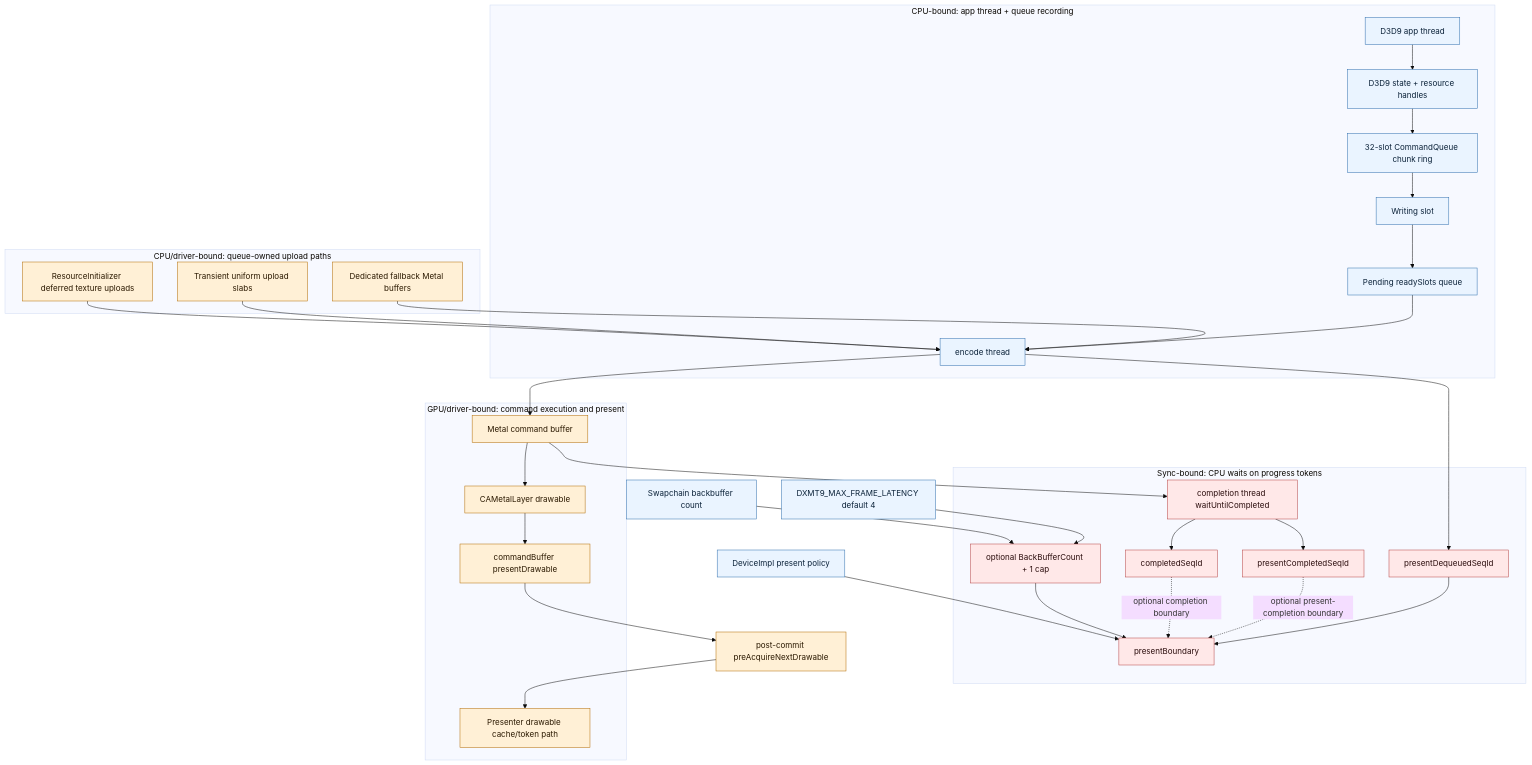
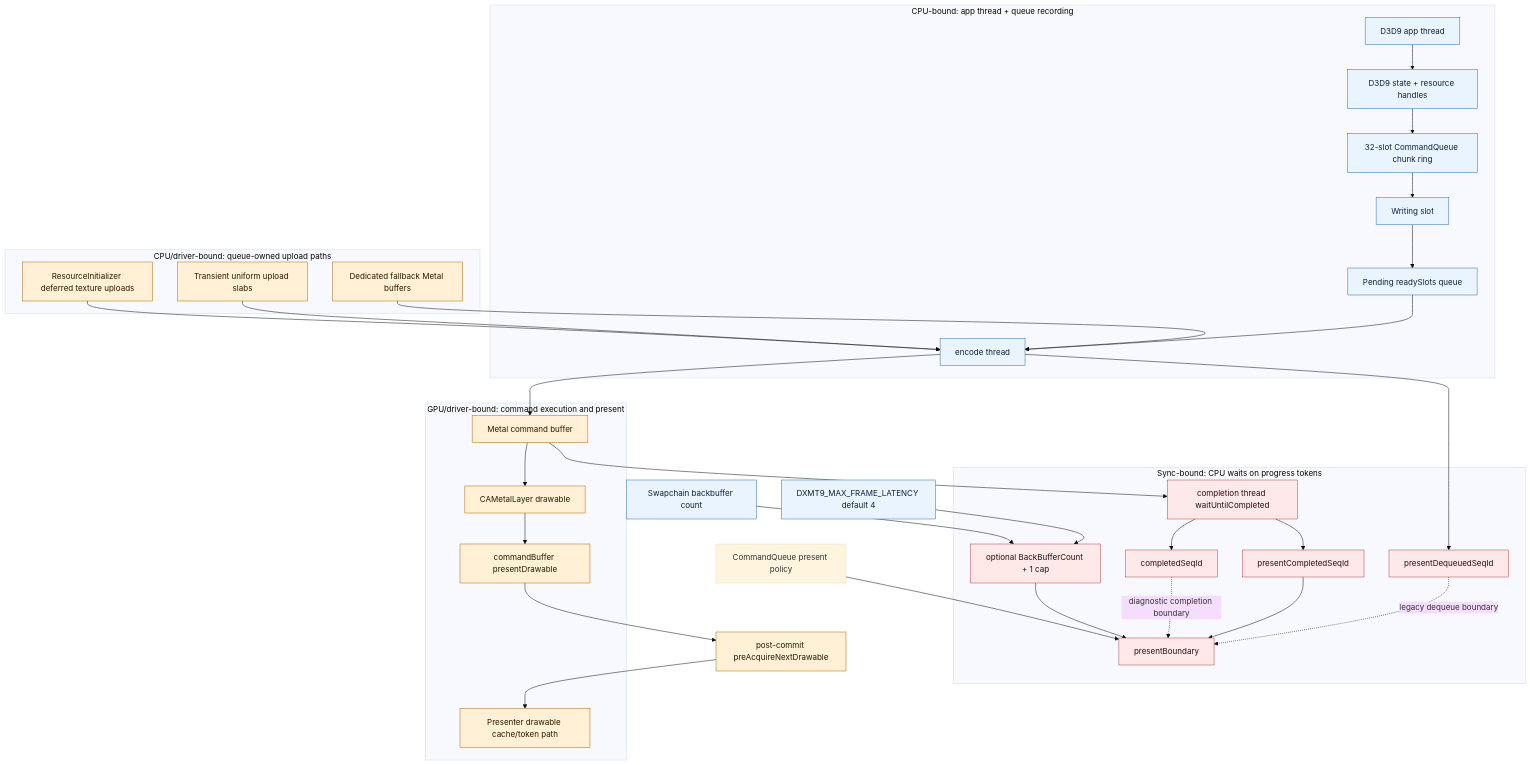
Before and after one commit to dfdgsdfg/dxmt9: the fourth of 10 diagrams in docs/perfomance-bottleneck.md, drawn with Mermaid (base theme). The commit also changed other lines of this file and 7 other files, not shown here.

````diff
--- a/docs/perfomance-bottleneck.md
+++ b/docs/perfomance-bottleneck.md
@@ -151,70 +151,70 @@
 ```mermaid
 flowchart TD
   subgraph CPURecord["CPU-bound: app thread + queue recording"]
     App[D3D9 app thread]
     CoreState[D3D9 state + resource handles]
     ChunkRing[32-slot CommandQueue chunk ring]
     Writing[Writing slot]
     Pending[Pending readySlots queue]
     EncodeThread[encode thread]
   end
 
   subgraph Uploads["CPU/driver-bound: queue-owned upload paths"]
     Initializer[ResourceInitializer deferred texture uploads]
     Transient[Transient uniform upload slabs]
     Dedicated[Dedicated fallback Metal buffers]
   end
 
   subgraph GPUDriver["GPU/driver-bound: command execution and present"]
     CommandBuffer[Metal command buffer]
     Drawable[CAMetalLayer drawable]
     Present[commandBuffer presentDrawable]
     Presenter[Presenter drawable cache/token path]
   end
 
   subgraph SyncWait["Sync-bound: CPU waits on progress tokens"]
     Completion[completion thread waitUntilCompleted]
     Completed[completedSeqId]
     PresentCompleted[presentCompletedSeqId]
     Boundary[presentBoundary]
     Dequeued[presentDequeuedSeqId]
     Cap[optional BackBufferCount + 1 cap]
   end
 
   App --> CoreState
   CoreState --> ChunkRing
   ChunkRing --> Writing
   Writing --> Pending
   Pending --> EncodeThread
 
   Initializer --> EncodeThread
   Transient --> EncodeThread
   Dedicated --> EncodeThread
 
   EncodeThread --> CommandBuffer
   CommandBuffer --> Drawable
   Drawable --> Present
   CommandBuffer --> Completion
   Completion --> Completed
   Completion --> PresentCompleted
 
   Present --> PreAcquire[post-commit preAcquireNextDrawable]
   PreAcquire --> Presenter
 
-  Device[DeviceImpl present policy] --> Boundary
-  Completed -. optional completion boundary .-> Boundary
-  PresentCompleted -. optional present-completion boundary .-> Boundary
+  CommandQueue[CommandQueue present policy] --> Boundary
+  Completed -. diagnostic completion boundary .-> Boundary
+  PresentCompleted --> Boundary
   EncodeThread --> Dequeued
-  Dequeued --> Boundary
+  Dequeued -. legacy dequeue boundary .-> Boundary
 
   BackBuffers[Swapchain backbuffer count] --> Cap
   MaxLatency[DXMT9_MAX_FRAME_LATENCY default 4] --> Cap
   Cap --> Boundary
 
   classDef cpu fill:#eaf4ff,stroke:#2f6fad,color:#0b2239
   classDef gpu fill:#fff0d6,stroke:#b26b00,color:#2b1900
   classDef sync fill:#ffe8e8,stroke:#b64242,color:#2b0d0d
   class App,CoreState,ChunkRing,Writing,Pending,EncodeThread,Device,BackBuffers,MaxLatency cpu
   class Initializer,Transient,Dedicated,CommandBuffer,Drawable,Present,Presenter,PreAcquire gpu
   class Completion,Completed,PresentCompleted,Boundary,Dequeued,Cap sync
 ```
````
